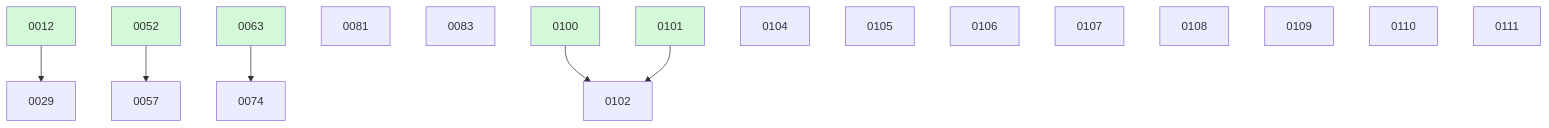
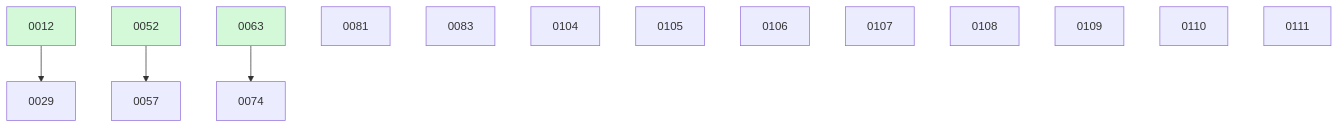
Before and after one commit to ethanhinson/fuse: the diagram in docs/changes/BOARD.md, drawn with Mermaid. The commit also changed other lines of this file and 4 other files, not shown here.

````diff
--- a/docs/changes/BOARD.md
+++ b/docs/changes/BOARD.md
@@ -39,24 +33,20 @@
 ```mermaid
 graph TD
   0012 --> 0029
   0052 --> 0057
   0063 --> 0074
   0081
   0083
-  0100 --> 0102
-  0101 --> 0102
   0104
   0105
   0106
   0107
   0108
   0109
   0110
   0111
   0012:::done
   0052:::done
   0063:::done
-  0100:::done
-  0101:::done
   classDef done fill:#d3f9d8;
 ```
````
